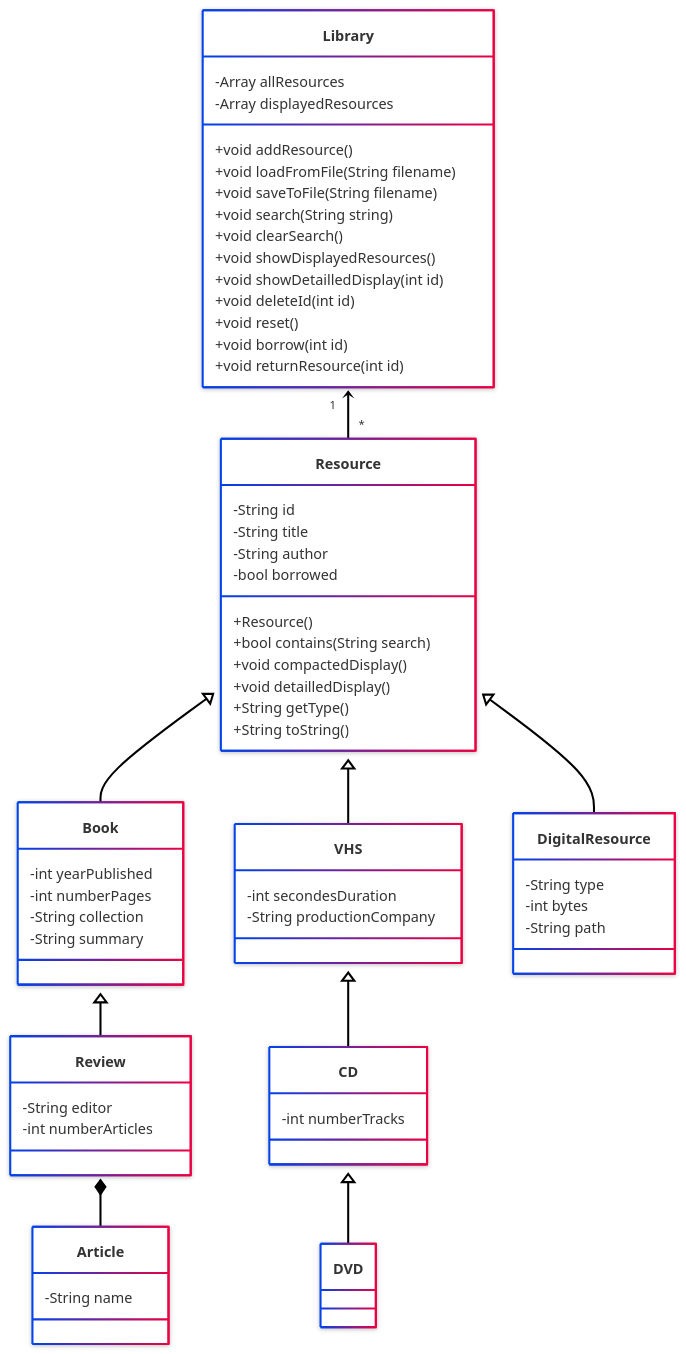
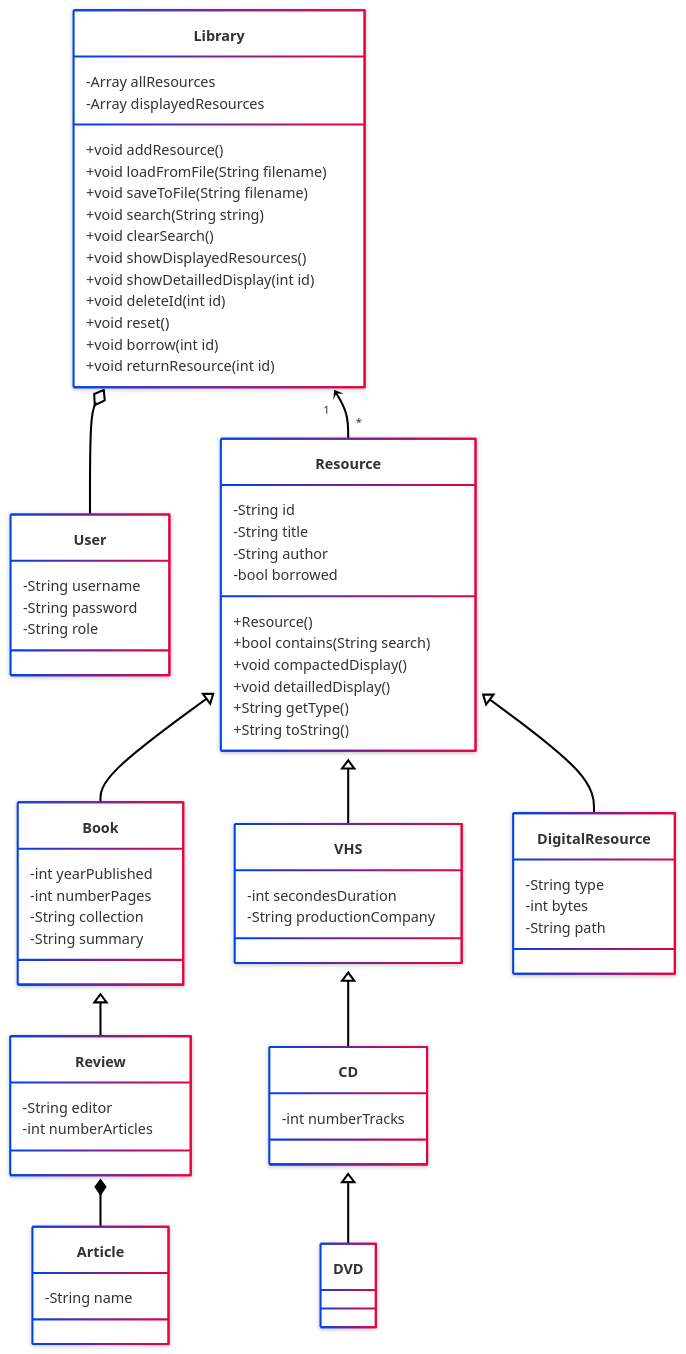
Before and after one commit to eloiseLBC/projetCpp: the first of 5 diagrams in README.md, drawn with Mermaid. The commit also changed other lines of this file and 1 other file, not shown here.

Commit message:
:art: Correct README.md and ADD library.txt

```diff
--- a/README.md
+++ b/README.md
@@ -9,6 +88,12 @@
 classDiagram
     
 direction TB
+    class User {
+        -String username
+        -String password
+        -String role
+    }
+    
     class Library {
         -Array allResources
         -Array displayedResources
@@ -68,7 +153,8 @@
     class CD {
         -int numberTracks
     }
-
+    
+    Library o-- User
     Resource <|-- Book
     Resource <|-- VHS
     Resource <|-- DigitalResource
```
